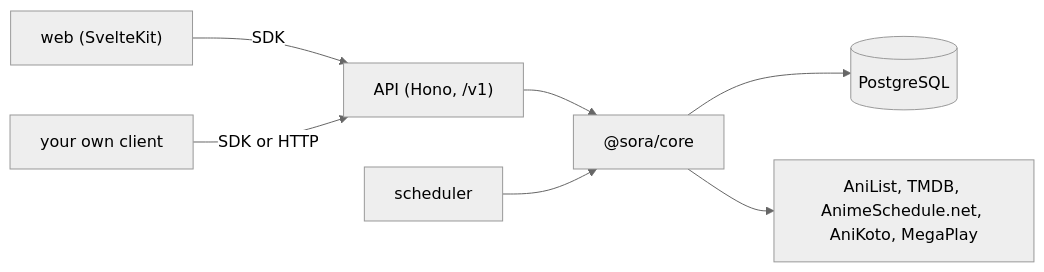
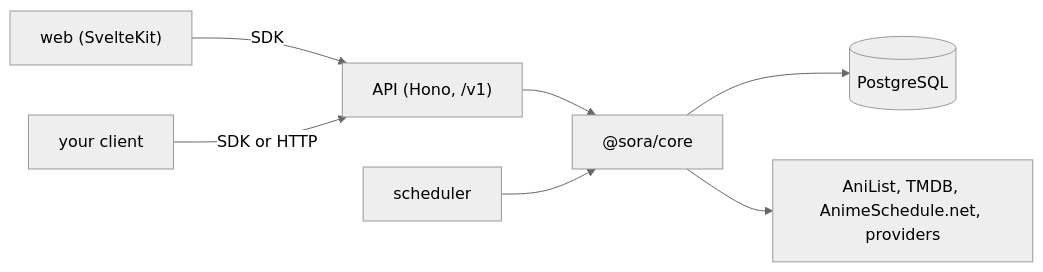
Before and after one commit to mkelvers/sora: the diagram in README.md, drawn with Mermaid (neutral theme). The commit also changed other lines of this file and 3 other files, not shown here.

````diff
--- a/README.md
+++ b/README.md
@@ -54,9 +64,9 @@
 ```mermaid
 flowchart LR
     web["web (SvelteKit)"] -->|SDK| api["API (Hono, /v1)"]
-    other["your own client"] -->|SDK or HTTP| api
+    other["your client"] -->|SDK or HTTP| api
     api --> core["@sora/core"]
     scheduler["scheduler"] --> core
     core --> db[("PostgreSQL")]
-    core --> up["AniList, TMDB, AnimeSchedule.net, AniKoto, MegaPlay"]
+    core --> up["AniList, TMDB, AnimeSchedule.net, providers"]
 ```
````
